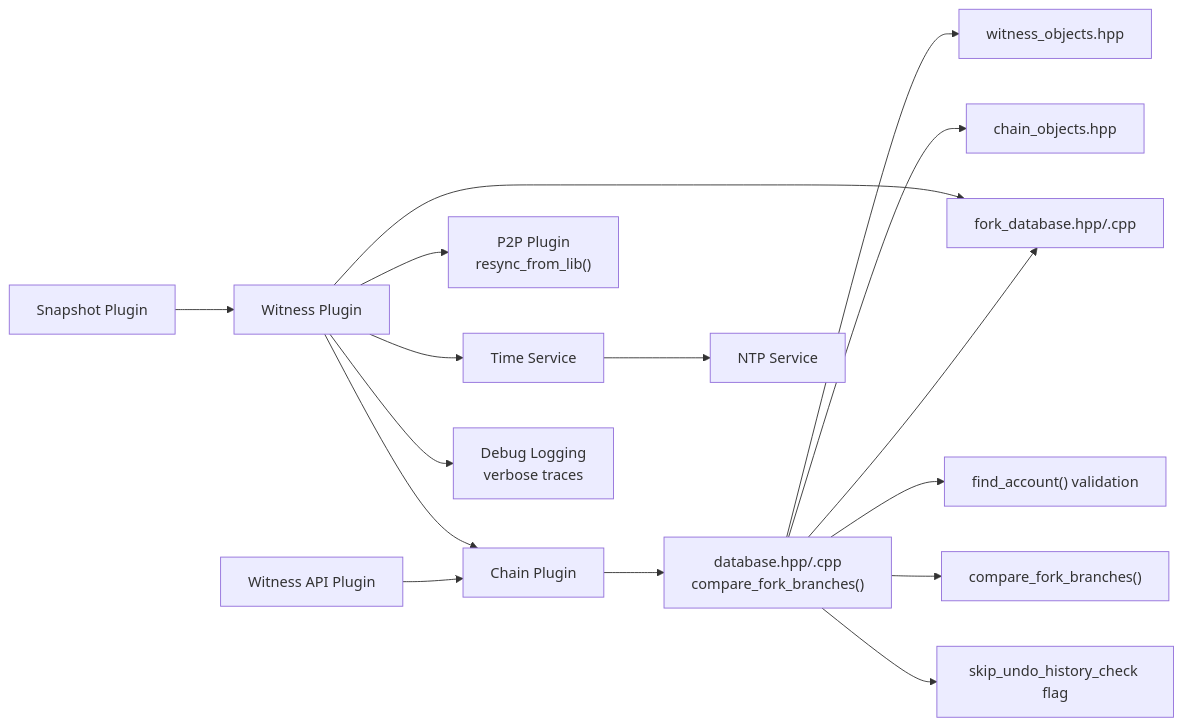
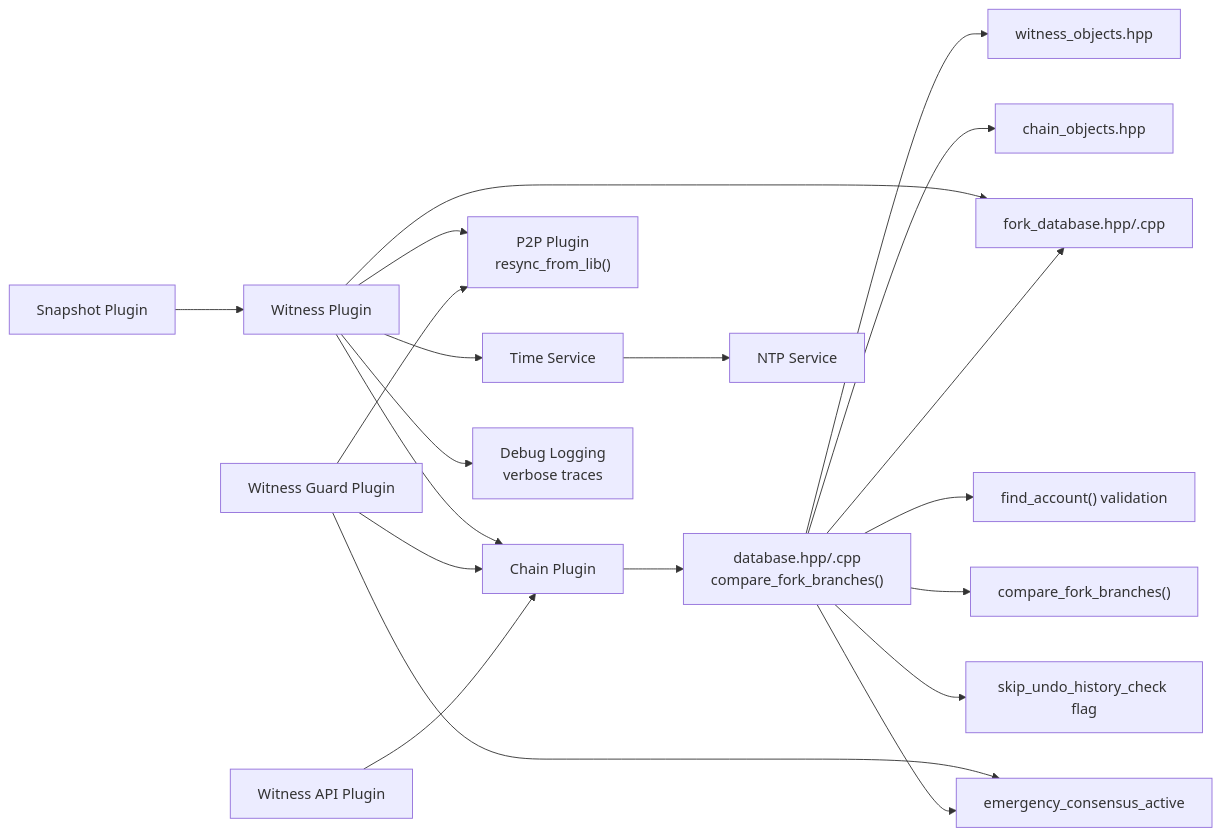
Before and after one commit to VIZ-Blockchain/viz-cpp-node: the eighth of 8 diagrams in .qoder/repowiki/en/content/Witness.md, drawn with Mermaid. The commit also changed other lines of this file and 4 other files, not shown here.

````diff
--- a/.qoder/repowiki/en/content/Witness.md
+++ b/.qoder/repowiki/en/content/Witness.md
@@ -841,18 +997,22 @@
 ```mermaid
 graph LR
 WITNESS["Witness Plugin"] --> CHAIN["Chain Plugin"]
 WITNESS --> P2P["P2P Plugin<br/>resync_from_lib()"]
 WITNESS --> TIME["Time Service"]
 WITNESS --> FORK_DB["Fork Database<br/>enhanced with stale pruning"]
 WITNESS --> DEBUG_LOG["Debug Logging<br/>verbose traces"]
+WGUARD["Witness Guard Plugin"] --> CHAIN
+WGUARD --> P2P
+WGUARD --> EMERGENCY["Emergency Consensus<br/>emergency_consensus_active"]
 WAPI["Witness API Plugin"] --> CHAIN
 SNAPSHOT["Snapshot Plugin"] --> WITNESS
 CHAIN --> DB["database.hpp/.cpp<br/>compare_fork_branches()"]
 DB --> WITNESS_OBJ["witness_objects.hpp"]
 DB --> BPV_OBJ["chain_objects.hpp"]
 DB --> FORK_DB["fork_database.hpp/.cpp"]
 DB --> FIND_ACCOUNT["find_account() validation"]
 DB --> COMPARE_FORK["compare_fork_branches()"]
 DB --> SKIP_UNDO["skip_undo_history_check flag"]
+DB --> EMERGENCY["emergency_consensus_active"]
 TIME --> NTP["NTP Service"]
 ```
````
